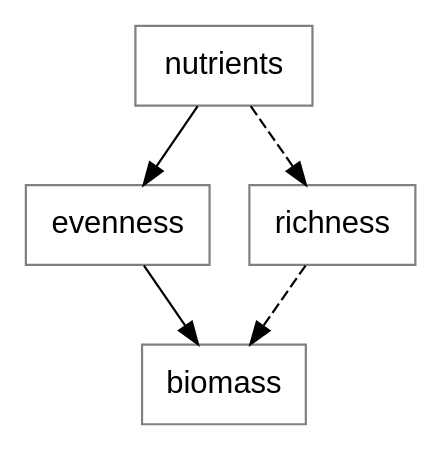
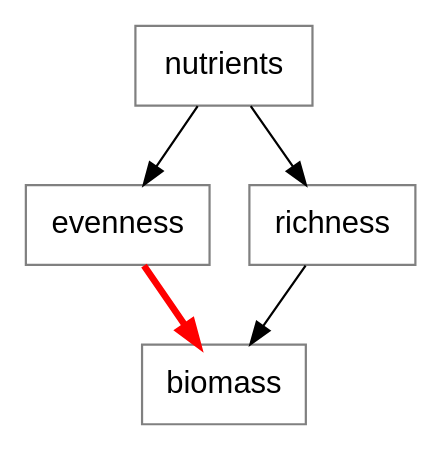
One commit to pennekampster/Swiss_SEM changed diagram 11 of 18 in 5_Slides/Intro_to_SEM_part2.qmd. Above: the diagram before and after it, drawn with Graphviz. The commit also changed other lines of this file, not shown here.

````diff
--- a/5_Slides/Intro_to_SEM_part2.qmd
+++ b/5_Slides/Intro_to_SEM_part2.qmd
@@ -598,24 +541,24 @@
 ```{dot}
 //| fig-width: 5
 digraph  {
 
    # a 'graph' statement
   graph [overlap = false, fontsize = 10, rankdir = TB, ranksep=.5]
 
   # several 'node' statements
   node [shape = box,
         fontname = Helvetica, color="gray"]
   
         evenness, richness;
         nutrients;
 
-    nutrients->richness [style="dashed"];
+    nutrients->richness;
     nutrients -> evenness;
 
-    evenness-> biomass;
-    richness->biomass [style="dashed"];
+    evenness-> biomass [penwidth=3, color="red"];
+    richness->biomass;
 
   
  #{ rank="same"; precipitation, nutrients, disturbance}
 }
 ```
````
